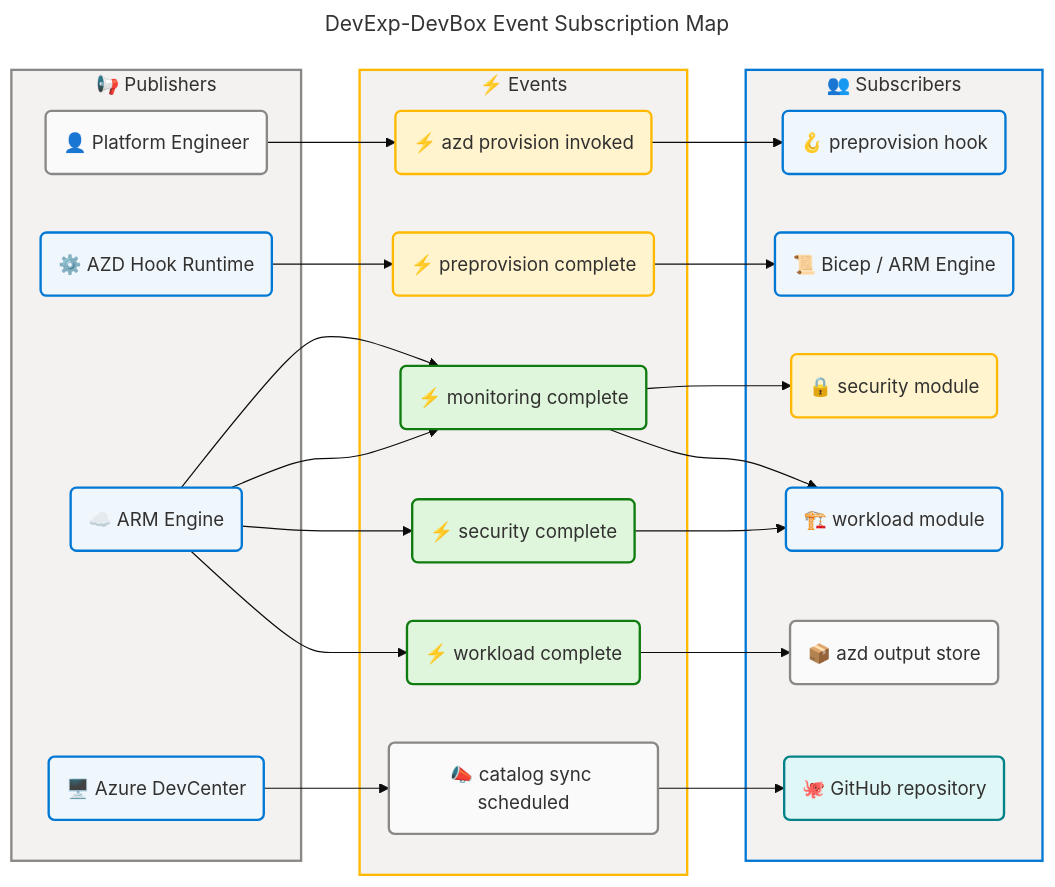
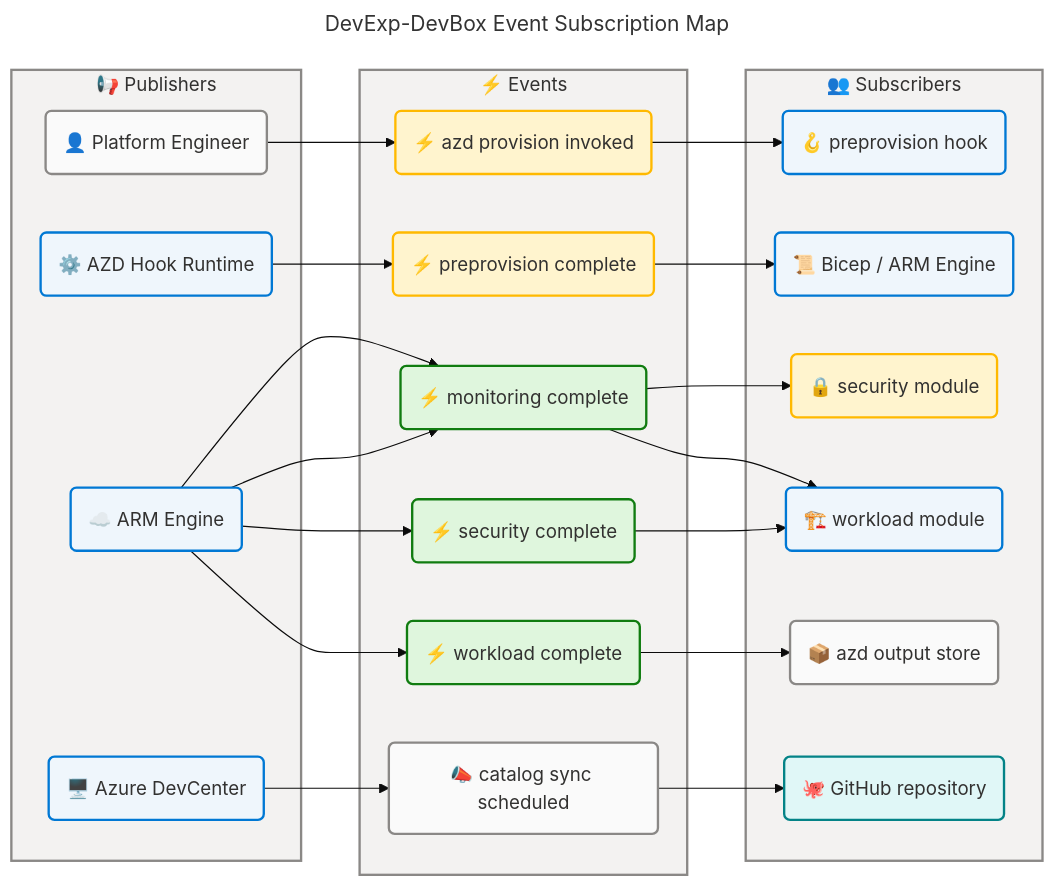
Diagram 13 of 15 in docs/architecture/application-architecture.md (Evilazaro/DevExp-DevBox), drawn with Mermaid before and after one commit. The commit also changed other lines of this file, not shown here.

Commit message:
refactor: update YAML contract terminology and enhance diagram verification scores for improved clarity

````diff
--- a/docs/architecture/application-architecture.md
+++ b/docs/architecture/application-architecture.md
@@ -2284,70 +2287,70 @@
 ```mermaid
 ---
 title: DevExp-DevBox Event Subscription Map
 config:
   theme: base
   look: classic
   layout: dagre
   themeVariables:
     fontSize: '16px'
   flowchart:
     htmlLabels: true
 ---
 flowchart LR
     accTitle: DevExp-DevBox Event Subscription Map
     accDescr: Shows all deployment lifecycle events from azd provision trigger through ARM module completion to GitHub catalog sync, mapping each event publisher to its subscribers
 
     %% ═══════════════════════════════════════════════════════════════════════════
     %% AZURE / FLUENT ARCHITECTURE PATTERN v1.1
     %% (Semantic + Structural + Font + Accessibility Governance)
     %% ═══════════════════════════════════════════════════════════════════════════
     %% PHASE 1 - FLUENT UI: All styling uses approved Fluent UI palette only
     %% PHASE 2 - GROUPS: Every subgraph has semantic color via style directive
     %% PHASE 3 - COMPONENTS: Every node has semantic classDef + icon prefix
     %% PHASE 4 - ACCESSIBILITY: accTitle/accDescr present, WCAG AA contrast
     %% PHASE 5 - STANDARD: Governance block present, classDefs centralized
     %% ═══════════════════════════════════════════════════════════════════════════
 
     subgraph publishers["📢 Publishers"]
         eng("👤 Platform Engineer"):::neutral
         azdRT("⚙️ AZD Hook Runtime"):::core
         arm("☁️ ARM Engine"):::core
         dc("🖥️ Azure DevCenter"):::core
     end
 
     subgraph events["⚡ Events"]
         evt1("⚡ azd provision invoked"):::warning
         evt2("⚡ preprovision complete"):::warning
         evt3("⚡ monitoring complete"):::success
         evt4("⚡ security complete"):::success
         evt5("⚡ workload complete"):::success
         evt6("📣 catalog sync scheduled"):::neutral
     end
 
     subgraph subscribers["👥 Subscribers"]
         hook("🪝 preprovision hook"):::core
         bicep("📜 Bicep / ARM Engine"):::core
         secMod("🔒 security module"):::warning
         wlMod("🏗️ workload module"):::core
         azdOut("📦 azd output store"):::neutral
         ghRepo("🐙 GitHub repository"):::external
     end
 
     eng --> evt1 --> hook
     azdRT --> evt2 --> bicep
     arm --> evt3 --> secMod
     arm --> evt3 --> wlMod
     arm --> evt4 --> wlMod
     arm --> evt5 --> azdOut
     dc --> evt6 --> ghRepo
 
     style publishers fill:#F3F2F1,stroke:#8A8886,stroke-width:2px,color:#323130
-    style events fill:#F3F2F1,stroke:#FFB900,stroke-width:2px,color:#323130
-    style subscribers fill:#F3F2F1,stroke:#0078D4,stroke-width:2px,color:#323130
+    style events fill:#F3F2F1,stroke:#8A8886,stroke-width:2px,color:#323130
+    style subscribers fill:#F3F2F1,stroke:#8A8886,stroke-width:2px,color:#323130
 
     classDef neutral fill:#FAFAFA,stroke:#8A8886,stroke-width:2px,color:#323130
     classDef core fill:#EFF6FC,stroke:#0078D4,stroke-width:2px,color:#323130
     classDef warning fill:#FFF4CE,stroke:#FFB900,stroke-width:2px,color:#323130
     classDef success fill:#DFF6DD,stroke:#107C10,stroke-width:2px,color:#323130
     classDef external fill:#E0F7F7,stroke:#038387,stroke-width:2px,color:#323130
 ```
````
